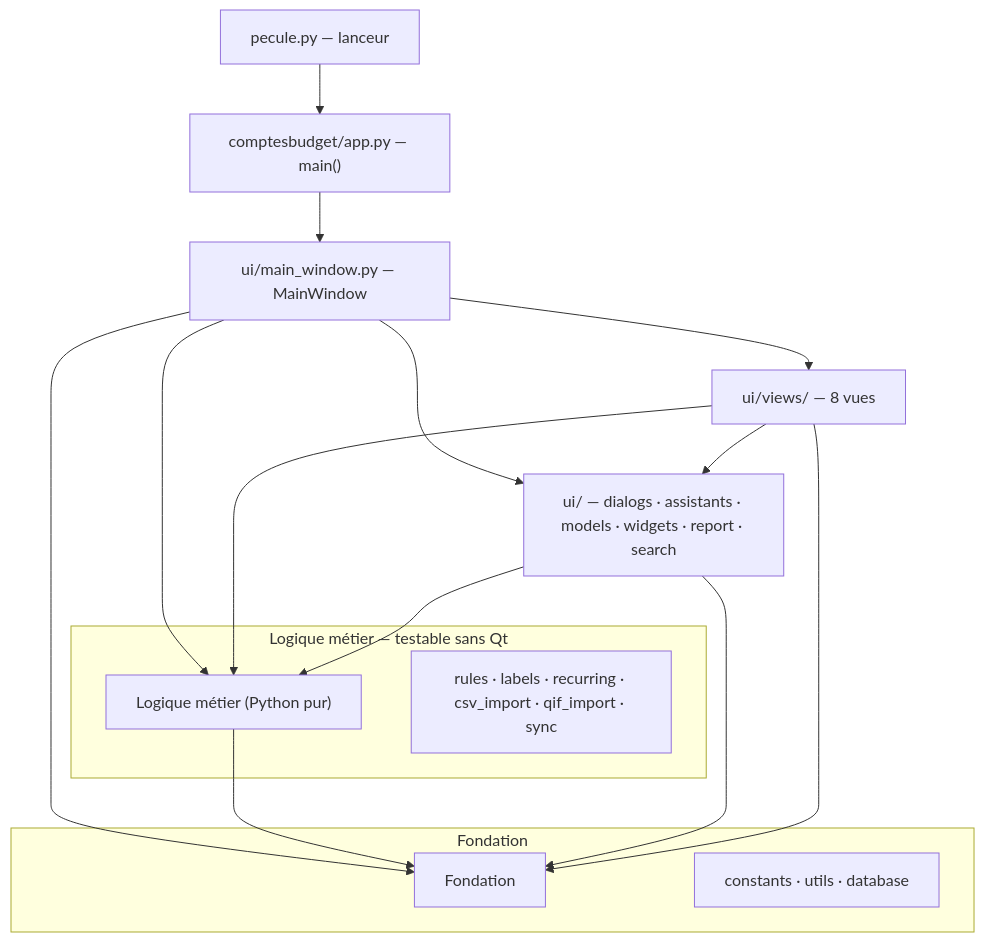
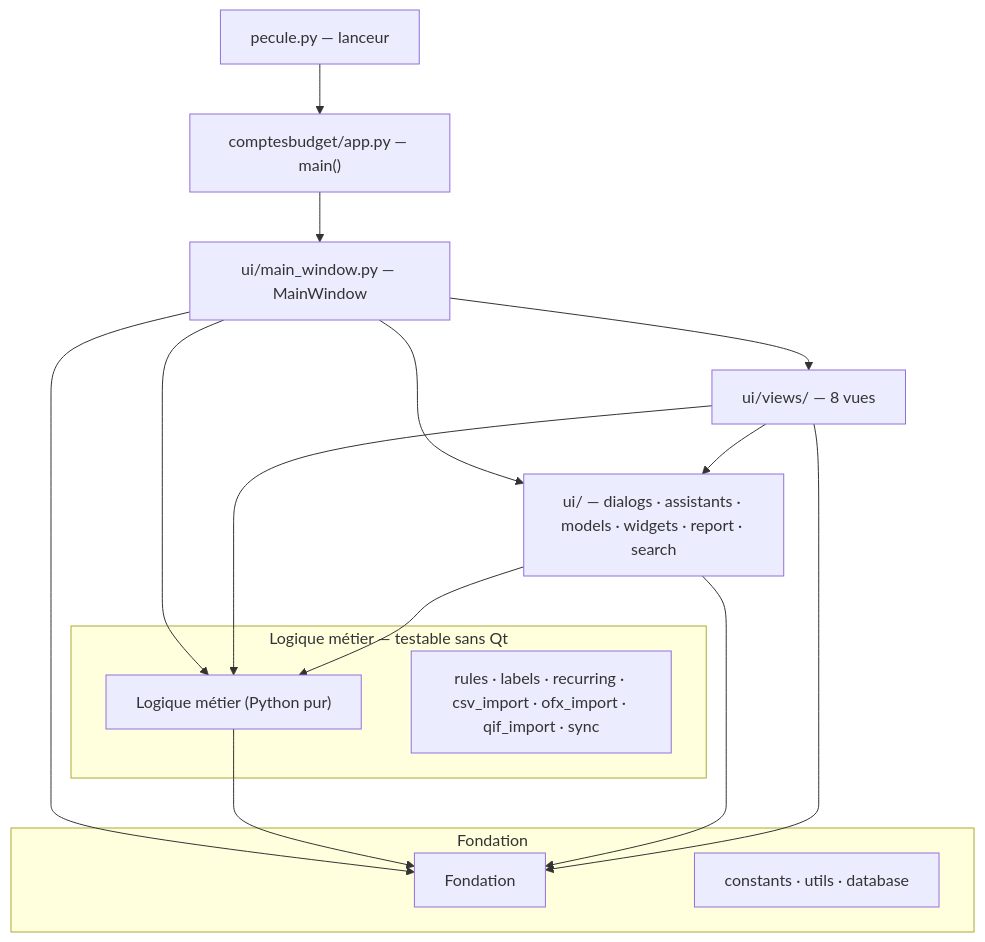
Before and after one commit to andre12230-png/Pecule: the diagram in README.md, drawn with Mermaid. The commit also changed other lines of this file and 7 other files, not shown here.

First line of the commit message:
Import des releves au format OFX

````diff
--- a/README.md
+++ b/README.md
@@ -243,24 +243,24 @@
 ```mermaid
 flowchart TD
     L["pecule.py — lanceur"] --> APP["comptesbudget/app.py — main()"]
     APP --> MW["ui/main_window.py — MainWindow"]
     MW --> V["ui/views/ — 8 vues"]
     MW --> C["ui/ — dialogs · assistants · models · widgets · report · search"]
     MW --> LOG["Logique métier (Python pur)"]
     MW --> F["Fondation"]
     V --> C
     V --> LOG
     C --> LOG
     LOG --> F
     C --> F
     V --> F
 
     subgraph LOG_G ["Logique métier — testable sans Qt"]
         LOG
-        R["rules · labels · recurring · csv_import · qif_import · sync"]
+        R["rules · labels · recurring · csv_import · ofx_import · qif_import · sync"]
     end
     subgraph F_G ["Fondation"]
         F
         FF["constants · utils · database"]
     end
 ```
````
